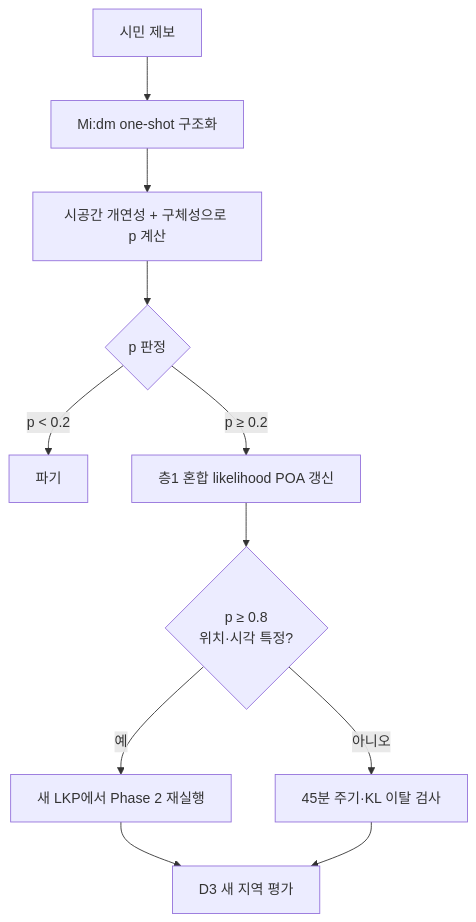
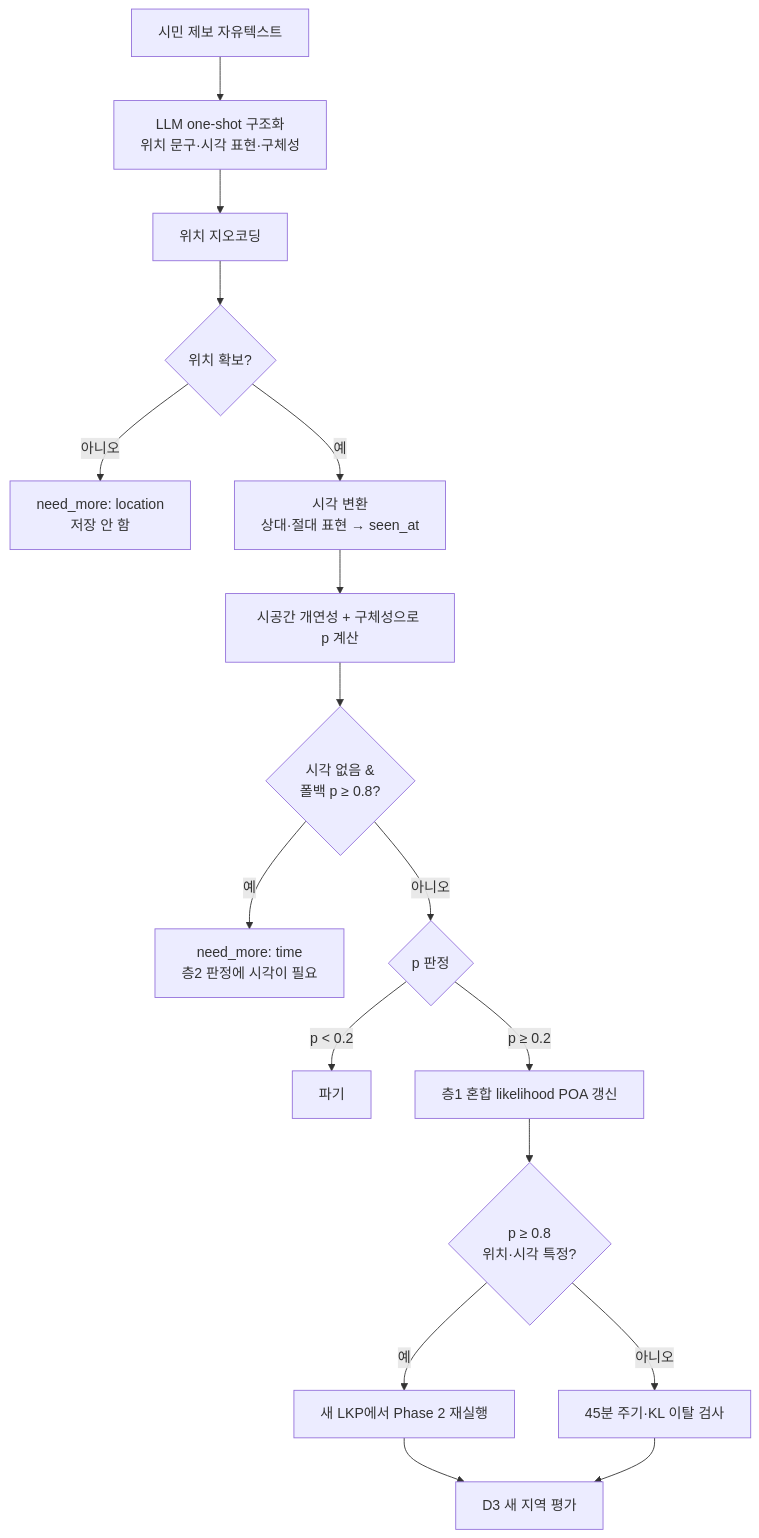
The fourth of 5 diagrams in README.md (Donghaeng-AI-ROOKIE/Come-back-home), drawn with Mermaid before and after one commit. The commit also changed other lines of this file and 1 other file, not shown here.

````diff
--- a/README.md
+++ b/README.md
@@ -254,13 +256,19 @@
 ```mermaid
 flowchart TD
-    T["시민 제보"] --> M["Mi:dm one-shot 구조화"]
-    M --> P["시공간 개연성 + 구체성으로 p 계산"]
-    P --> D{"p 판정"}
+    T["시민 제보 자유텍스트"] --> M["LLM one-shot 구조화<br/>위치 문구·시각 표현·구체성"]
+    M --> GC["위치 지오코딩"]
+    GC --> NL{"위치 확보?"}
+    NL -- "아니오" --> RA1["need_more: location<br/>저장 안 함"]
+    NL -- "예" --> TR["시각 변환<br/>상대·절대 표현 → seen_at"]
+    TR --> P["시공간 개연성 + 구체성으로 p 계산"]
+    P --> RA2{"시각 없음 &<br/>폴백 p ≥ 0.8?"}
+    RA2 -- "예" --> RQ["need_more: time<br/>층2 판정에 시각이 필요"]
+    RA2 -- "아니오" --> D{"p 판정"}
     D -- "p < 0.2" --> DROP["파기"]
     D -- "p ≥ 0.2" --> L1["층1 혼합 likelihood POA 갱신"]
     L1 --> Q{"p ≥ 0.8<br/>위치·시각 특정?"}
     Q -- "예" --> L2["새 LKP에서 Phase 2 재실행"]
     Q -- "아니오" --> CHECK["45분 주기·KL 이탈 검사"]
     L2 --> D3["D3 새 지역 평가"]
     CHECK --> D3
 ```
````
